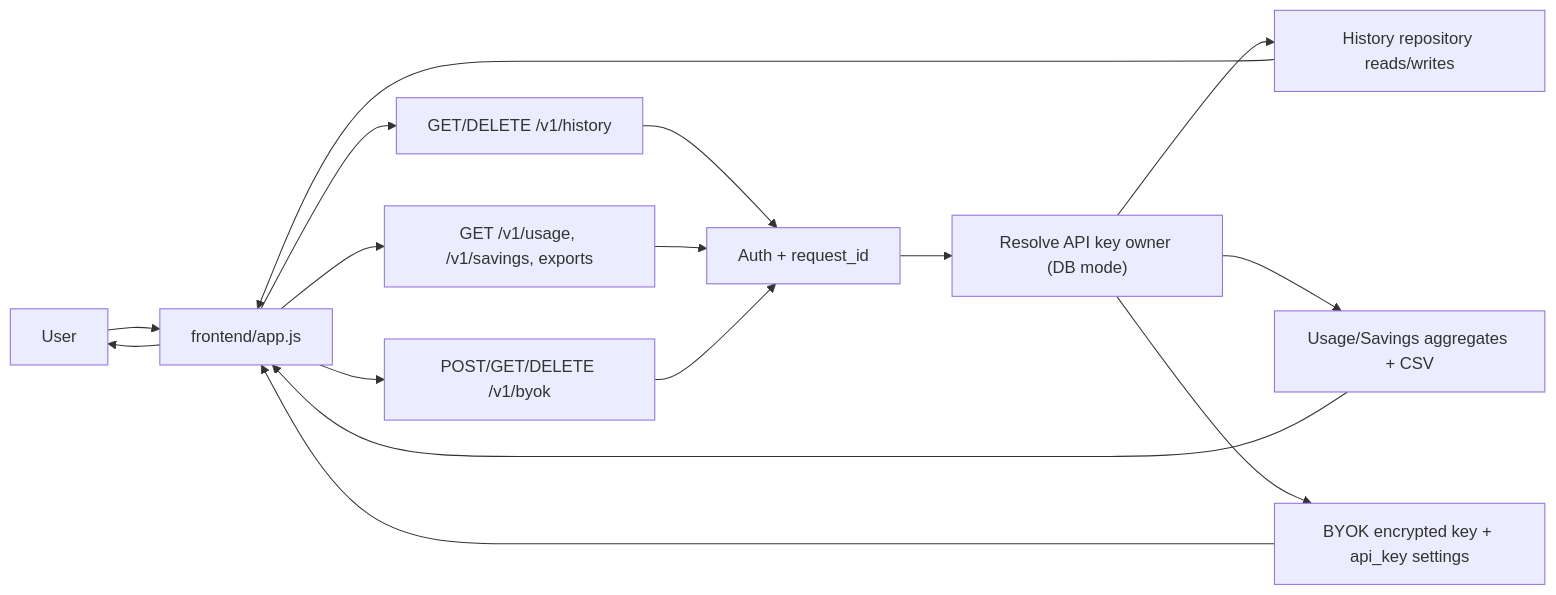
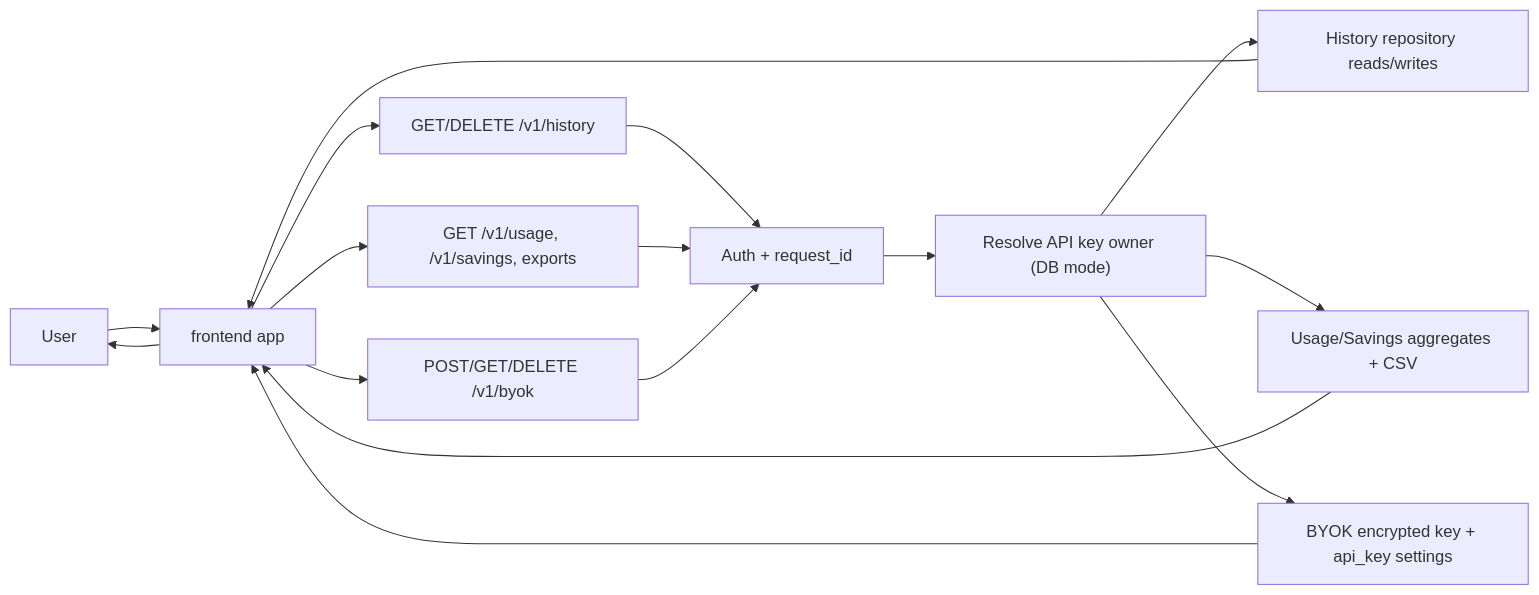
The fourth of 4 diagrams in docs/USER_FLOW_DIAGRAM_SOURCE.md (manvirsinghparmar/CortexAI), drawn with Mermaid before and after one commit. The commit also changed other lines of this file and 156 other files, not shown here.

````diff
--- a/docs/USER_FLOW_DIAGRAM_SOURCE.md
+++ b/docs/USER_FLOW_DIAGRAM_SOURCE.md
@@ -231,22 +231,22 @@
 ```mermaid
 flowchart LR
-    U["User"] --> FE["frontend/app.js"]
+    U["User"] --> FE["frontend app"]
 
     FE --> H["GET/DELETE /v1/history"]
     FE --> R["GET /v1/usage, /v1/savings, exports"]
     FE --> B["POST/GET/DELETE /v1/byok"]
 
     H --> A["Auth + request_id"]
     R --> A
     B --> A
 
     A --> K["Resolve API key owner (DB mode)"]
     K --> DBH["History repository reads/writes"]
     K --> DBR["Usage/Savings aggregates + CSV"]
     K --> DBB["BYOK encrypted key + api_key settings"]
 
     DBH --> FE
     DBR --> FE
     DBB --> FE
     FE --> U
 ```
````
